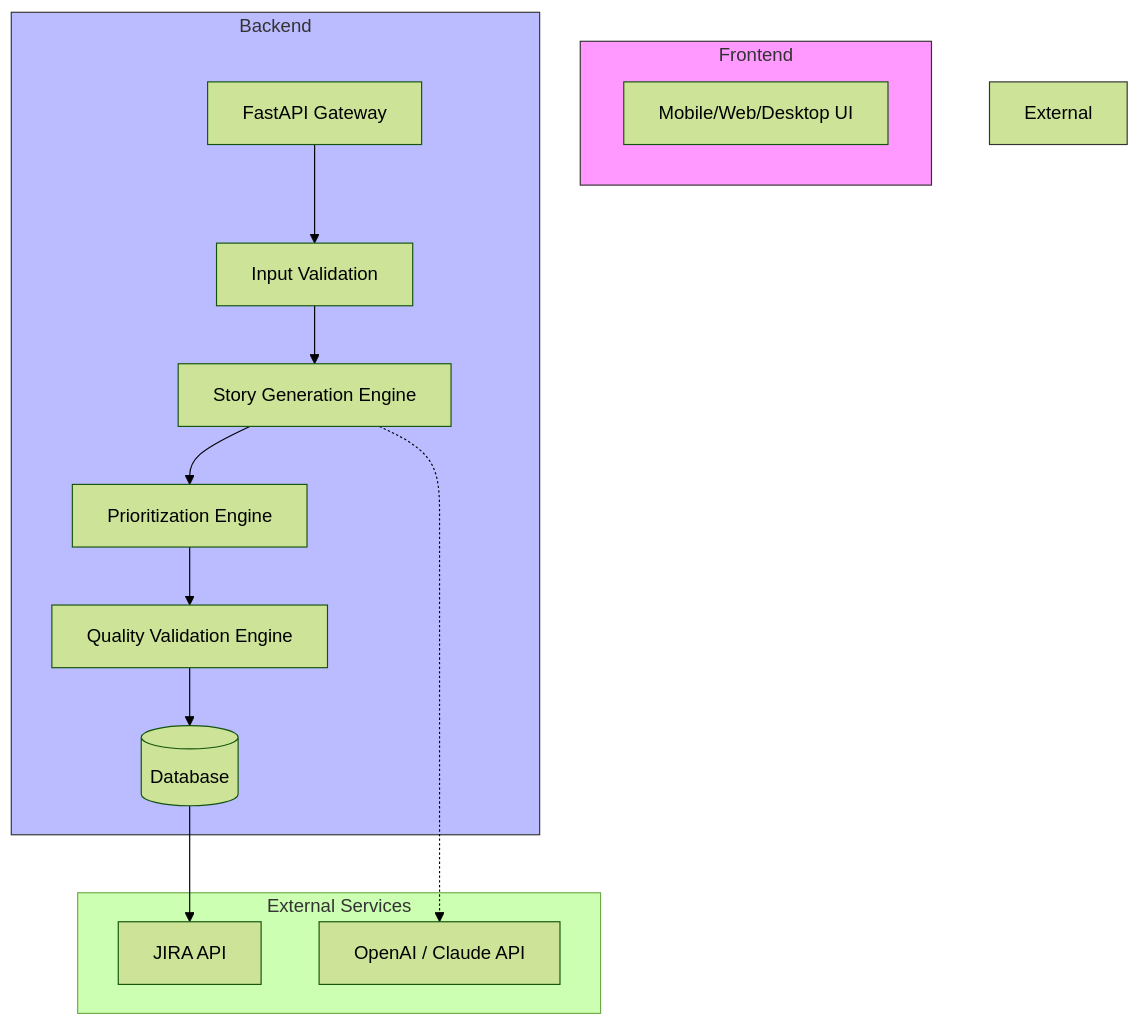
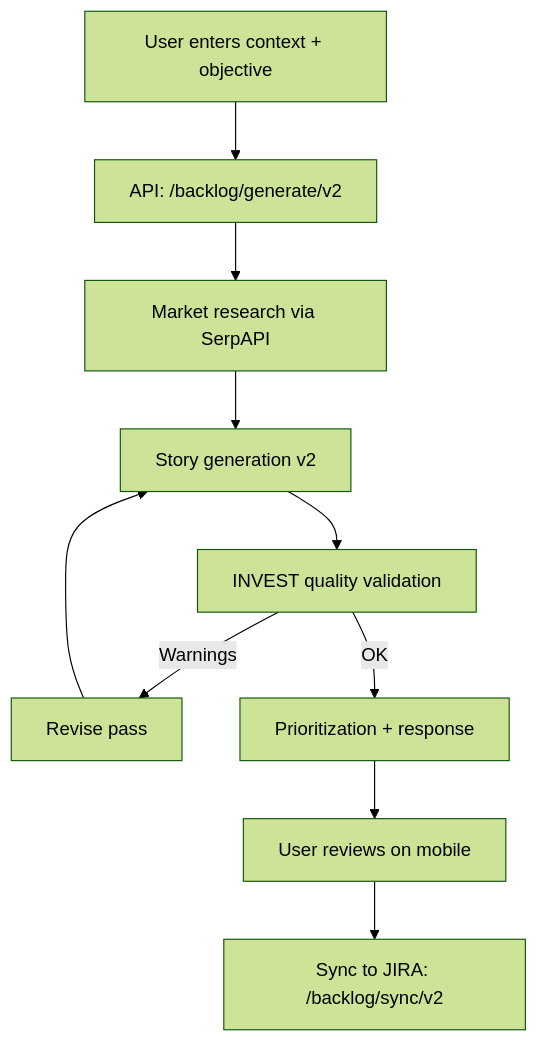
Before and after one commit to winitramesh2/BacklogAI: the second of 3 diagrams in ARCHITECTURE.md, drawn with Mermaid (forest theme). The commit also changed other lines of this file and 1 other file, not shown here.

First line of the commit message:
Update architecture and README for v2

````diff
--- a/ARCHITECTURE.md
+++ b/ARCHITECTURE.md
@@ -13,23 +70,12 @@
 ```mermaid
-graph TD
-    subgraph Frontend
-    A[Mobile/Web/Desktop UI]
-    end
-
-    subgraph Backend
-    B[FastAPI Gateway] --> C[Input Validation]
-    C --> D[Story Generation Engine]
-    D --> E[Prioritization Engine]
-    E --> F[Quality Validation Engine]
-    F --> G[(Database)]
-    end
-
-    subgraph External Services
-    G --> H[JIRA API]
-    D -.-> I[OpenAI / Claude API]
-    end
-
-    style Frontend fill:#f9f,stroke:#333
-    style Backend fill:#bbf,stroke:#333
-    style External Services fill:#e1f5fe,stroke:#333
+flowchart TD
+  A[User enters context + objective] --> B[API: /backlog/generate/v2]
+  B --> C[Market research via SerpAPI]
+  C --> D[Story generation v2]
+  D --> E[INVEST quality validation]
+  E -->|Warnings| F[Revise pass]
+  F --> D
+  E -->|OK| G[Prioritization + response]
+  G --> H[User reviews on mobile]
+  H --> I[Sync to JIRA: /backlog/sync/v2]
 ```
````
